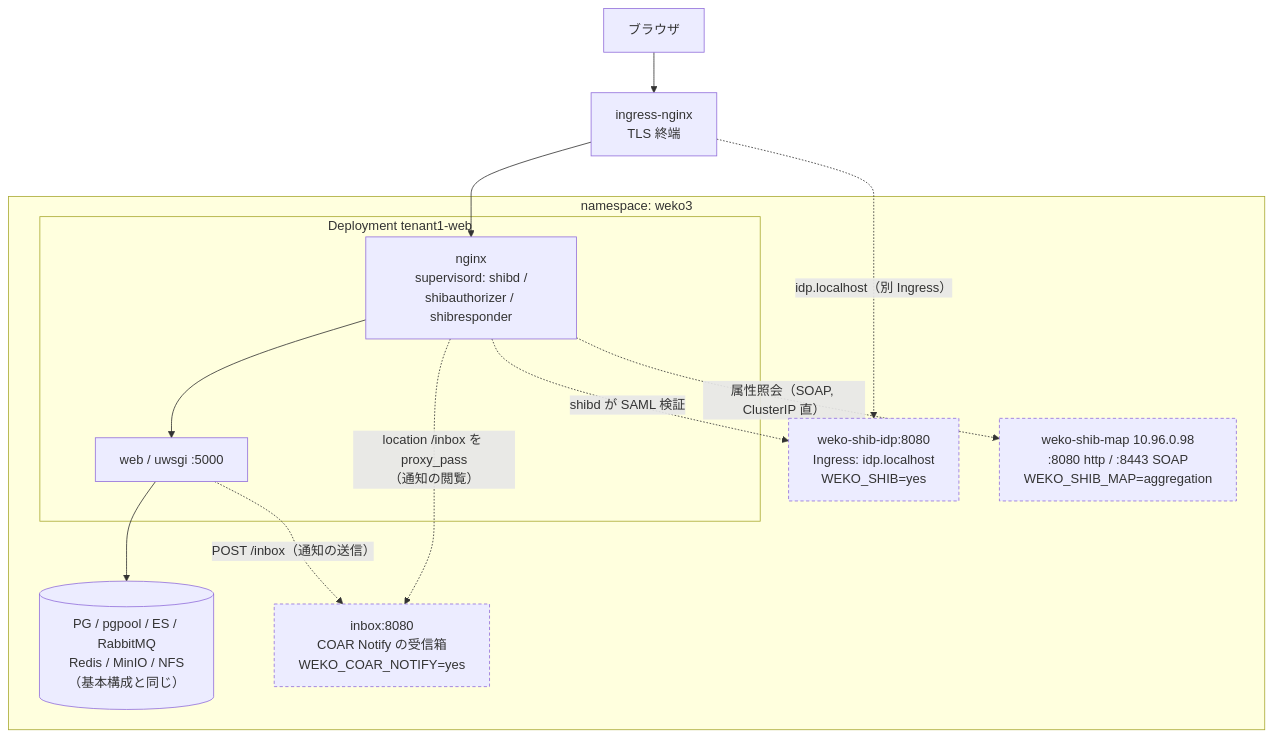
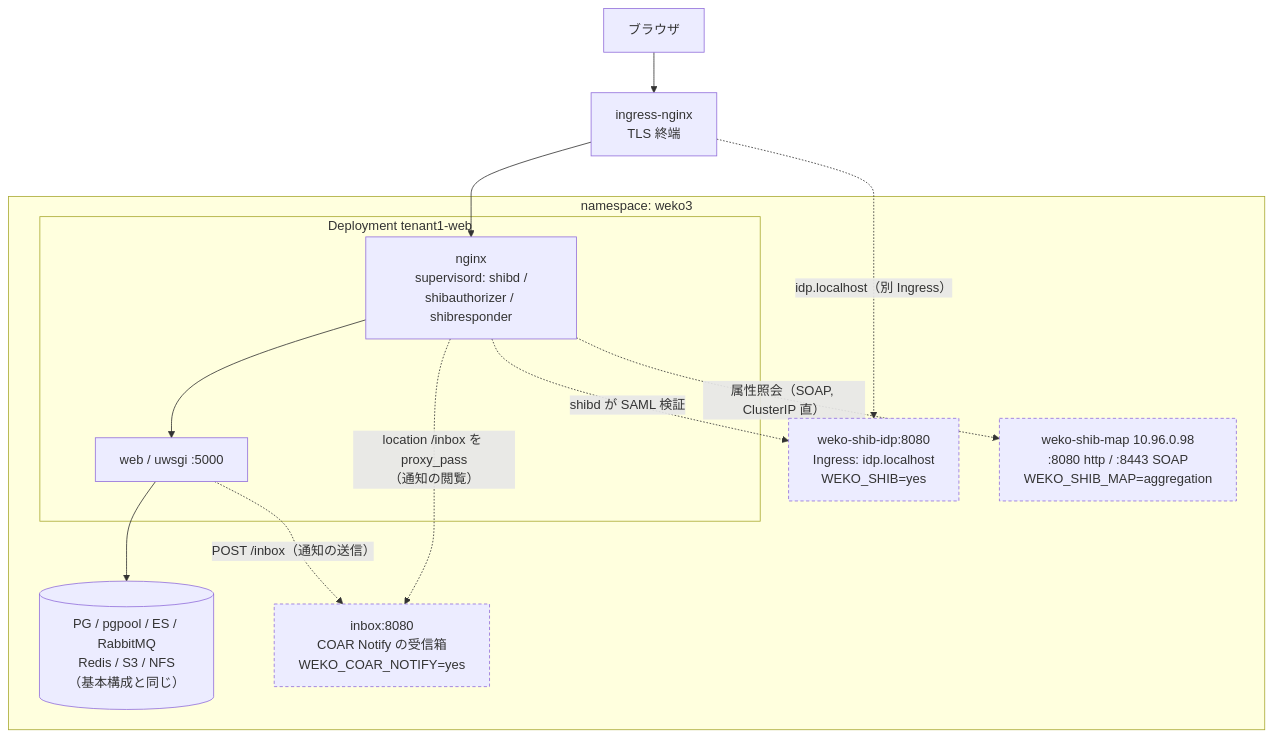
One commit to RCOSDP/weko-workshop changed the second of 4 diagrams in weko-k8s-sample/k8s-weko/README-arm64.md. Above: the diagram before and after it, drawn with Mermaid. The commit also changed other lines of this file and 44 other files, not shown here.

````diff
--- a/weko-k8s-sample/k8s-weko/README-arm64.md
+++ b/weko-k8s-sample/k8s-weko/README-arm64.md
@@ -394,26 +423,26 @@
 ```mermaid
 flowchart TB
   browser["ブラウザ"]
   ing["ingress-nginx<br/>TLS 終端"]
 
   subgraph weko3["namespace: weko3"]
     subgraph pod["Deployment tenant1-web"]
       nginx["nginx<br/>supervisord: shibd /<br/>shibauthorizer / shibresponder"]
       web["web / uwsgi :5000"]
     end
-    base[("PG / pgpool / ES / RabbitMQ<br/>Redis / MinIO / NFS<br/>（基本構成と同じ）")]
+    base[("PG / pgpool / ES / RabbitMQ<br/>Redis / S3 / NFS<br/>（基本構成と同じ）")]
     idp["weko-shib-idp:8080<br/>Ingress: idp.localhost<br/>WEKO_SHIB=yes"]
     shibmap["weko-shib-map 10.96.0.98<br/>:8080 http / :8443 SOAP<br/>WEKO_SHIB_MAP=aggregation"]
     inbox["inbox:8080<br/>COAR Notify の受信箱<br/>WEKO_COAR_NOTIFY=yes"]
   end
 
   browser --> ing --> nginx --> web --> base
   ing -.->|"idp.localhost（別 Ingress）"| idp
   nginx -.->|"shibd が SAML 検証"| idp
   nginx -.->|"属性照会（SOAP, ClusterIP 直）"| shibmap
   nginx -.->|"location /inbox を proxy_pass<br/>（通知の閲覧）"| inbox
   web -.->|"POST /inbox（通知の送信）"| inbox
 
   classDef opt stroke-dasharray:4 3
   class idp,shibmap,inbox opt
 ```
````
